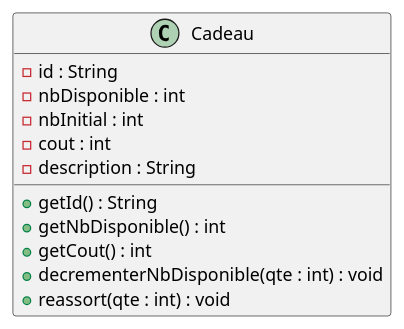
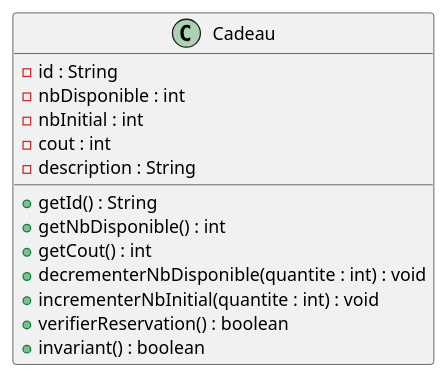
Before and after one commit to yasminebelmaaziz/dev_logiciel: the diagram in Diagrammes/pge_uml_diag_classe_cadeau.pu, drawn with PlantUML. The commit also changed 7 other files, not shown here.

```diff
--- a/Diagrammes/pge_uml_diag_classe_cadeau.pu
+++ b/Diagrammes/pge_uml_diag_classe_cadeau.pu
@@ -1,17 +1,19 @@
 @startuml
 
 class Cadeau {
   - id : String
   - nbDisponible : int
   - nbInitial : int
   - cout : int
   - description : String
 
   + getId() : String
   + getNbDisponible() : int
   + getCout() : int
-  + decrementerNbDisponible(qte : int) : void
-  + reassort(qte : int) : void
+  + decrementerNbDisponible(quantite : int) : void
+  + incrementerNbInitial(quantite : int) : void
+  + verifierReservation() : boolean
+  + invariant() : boolean
 }
 
 @enduml
```
